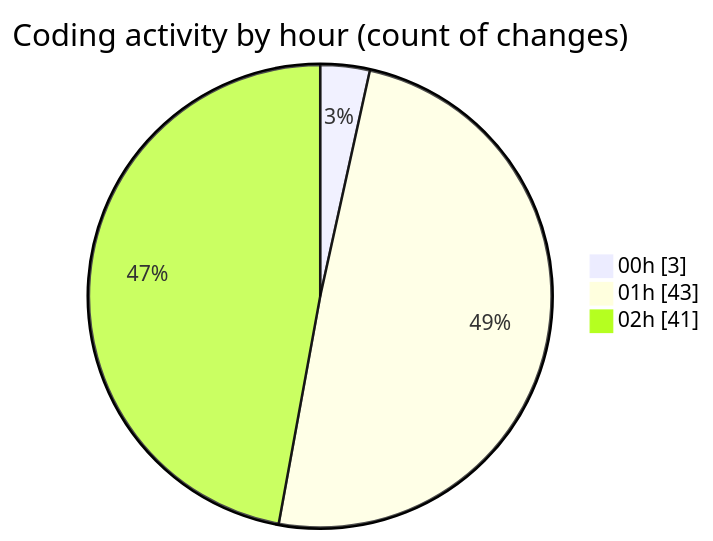
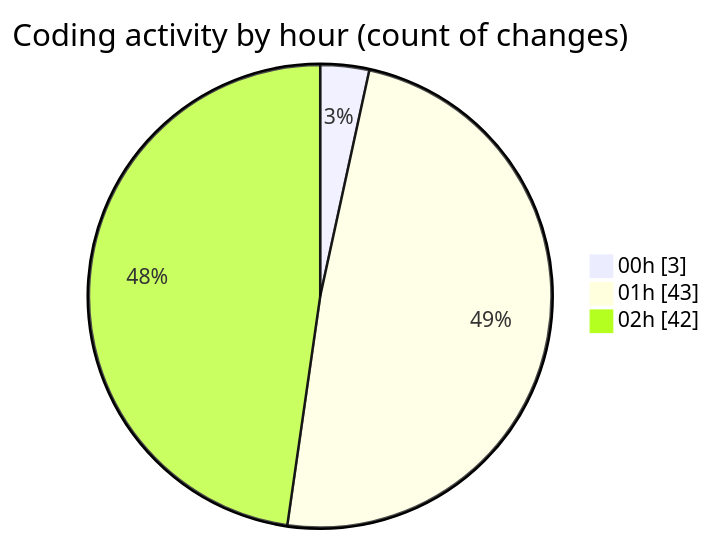
The second of 2 diagrams in 2025-10-02/oura-api/README.md (mevix1/code-tracking), drawn with Mermaid before and after one commit. The commit also changed other lines of this file and 1 other file, not shown here.

````diff
--- a/2025-10-02/oura-api/README.md
+++ b/2025-10-02/oura-api/README.md
@@ -93,7 +93,7 @@
 ```mermaid
 pie showData
 title Coding activity by hour (count of changes)
 "00h" : 3
 "01h" : 43
-"02h" : 41
+"02h" : 42
 ```
````
